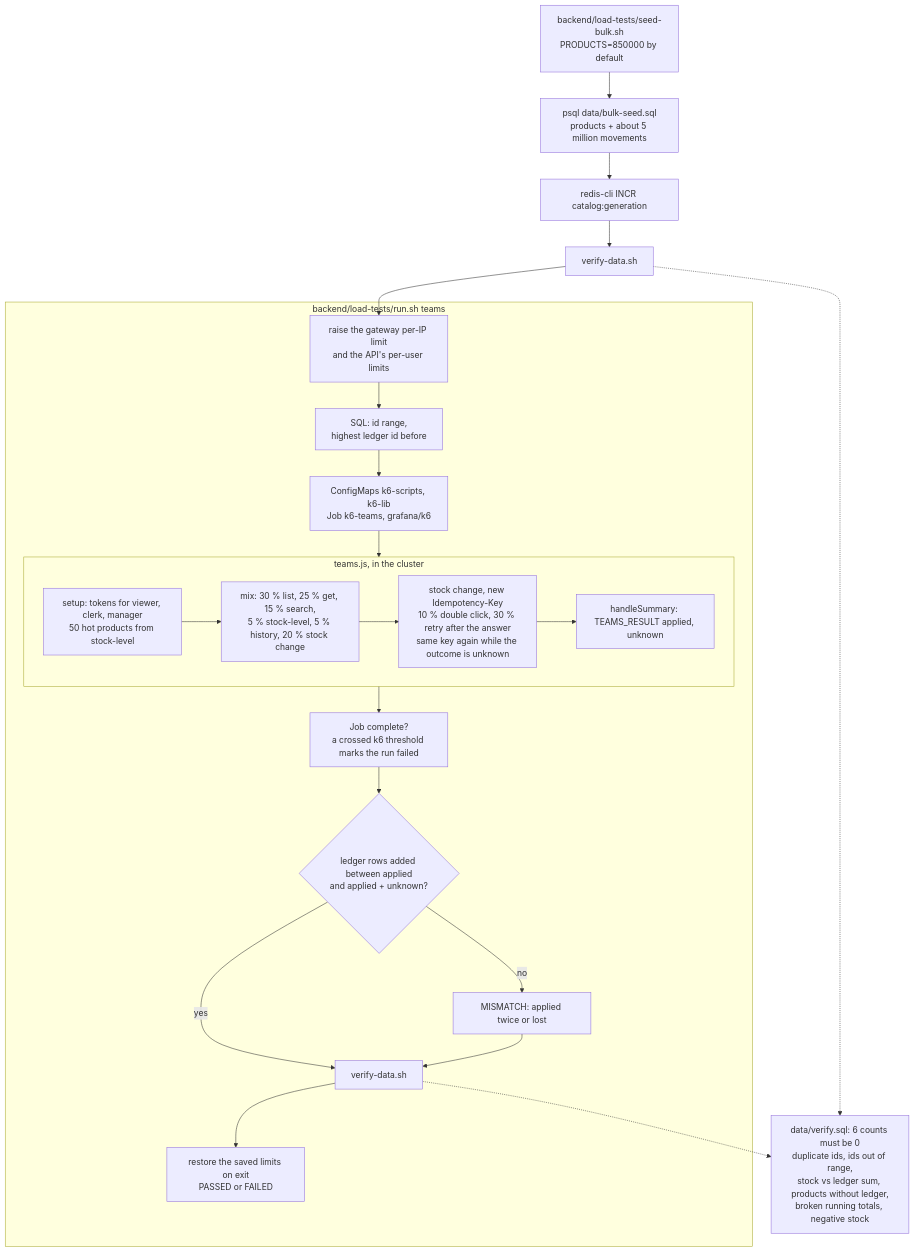
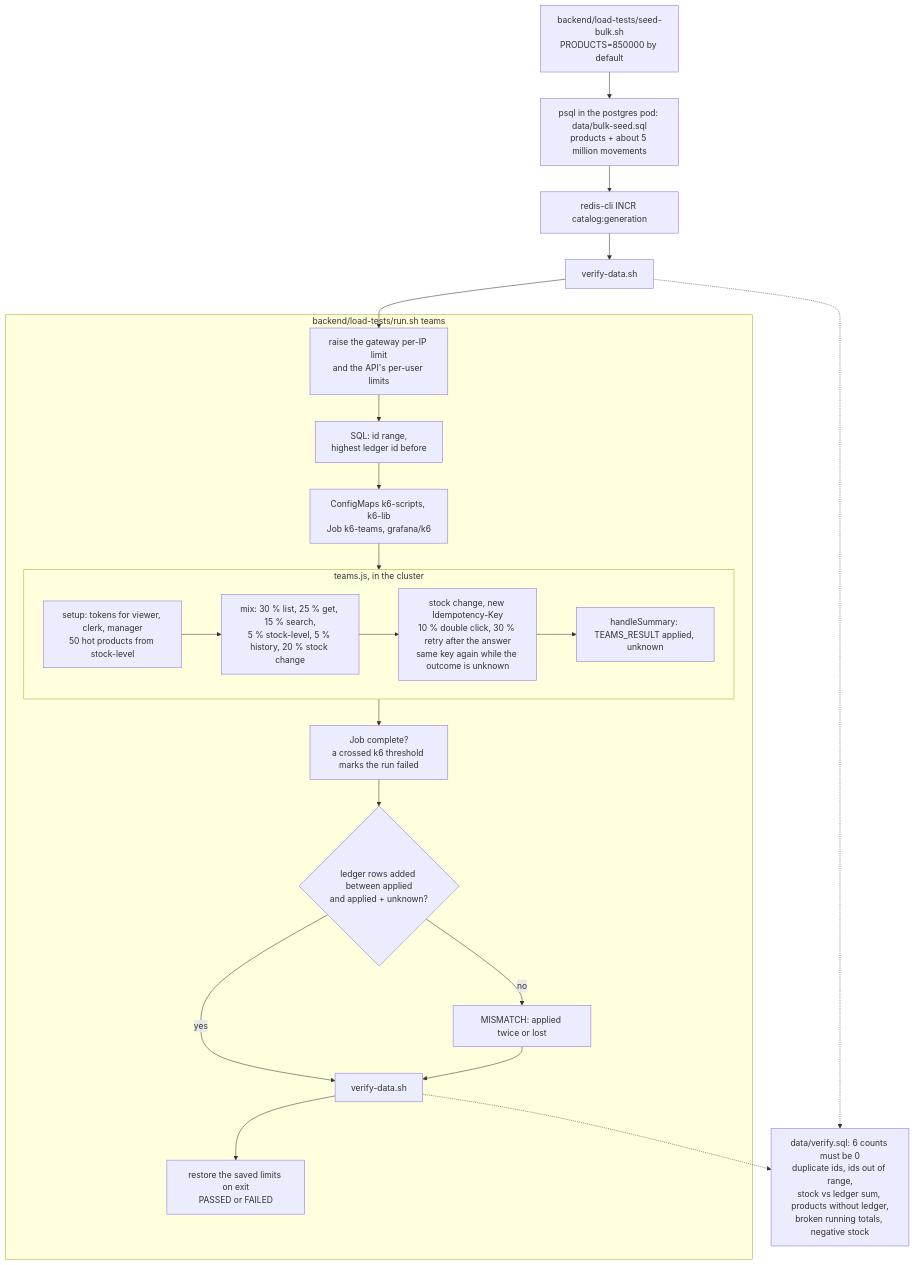
Diagram 16 of 18 in docs/flows.md (RubenCipriano/zeiss-product-management), drawn with Mermaid before and after one commit. The commit also changed other lines of this file and 80 other files, not shown here.

````diff
--- a/docs/flows.md
+++ b/docs/flows.md
@@ -781,29 +792,29 @@
 ```mermaid
 flowchart TD
-    seed["backend/load-tests/seed-bulk.sh<br/>PRODUCTS=850000 by default"] --> s1["psql data/bulk-seed.sql<br/>products + about 5 million movements"]
+    seed["backend/load-tests/seed-bulk.sh<br/>PRODUCTS=850000 by default"] --> s1["psql in the postgres pod: data/bulk-seed.sql<br/>products + about 5 million movements"]
     s1 --> s2["redis-cli INCR catalog:generation"]
     s2 --> s3["verify-data.sh"]
     s3 --> r1
 
     subgraph run["backend/load-tests/run.sh teams"]
         r1["raise the gateway per-IP limit<br/>and the API's per-user limits"] --> r2["SQL: id range,<br/>highest ledger id before"]
         r2 --> r3["ConfigMaps k6-scripts, k6-lib<br/>Job k6-teams, grafana/k6"]
         r3 --> k6
         k6 --> r4["Job complete?<br/>a crossed k6 threshold marks the run failed"]
         r4 --> r5{"ledger rows added between applied<br/>and applied + unknown?"}
         r5 -->|"no"| mm["MISMATCH: applied twice or lost"]
         r5 -->|"yes"| r6["verify-data.sh"]
         mm --> r6
         r6 --> r7["restore the saved limits on exit<br/>PASSED or FAILED"]
     end
 
     subgraph k6["teams.js, in the cluster"]
         t1["setup: tokens for viewer, clerk, manager<br/>50 hot products from stock-level"] --> t2["mix: 30 % list, 25 % get, 15 % search,<br/>5 % stock-level, 5 % history, 20 % stock change"]
         t2 --> t3["stock change, new Idempotency-Key<br/>10 % double click, 30 % retry after the answer<br/>same key again while the outcome is unknown"]
         t3 --> t4["handleSummary: TEAMS_RESULT applied, unknown"]
     end
 
     s4["data/verify.sql: 6 counts must be 0<br/>duplicate ids, ids out of range,<br/>stock vs ledger sum, products without ledger,<br/>broken running totals, negative stock"]
     r6 -.-> s4
     s3 -.-> s4
 ```
````
